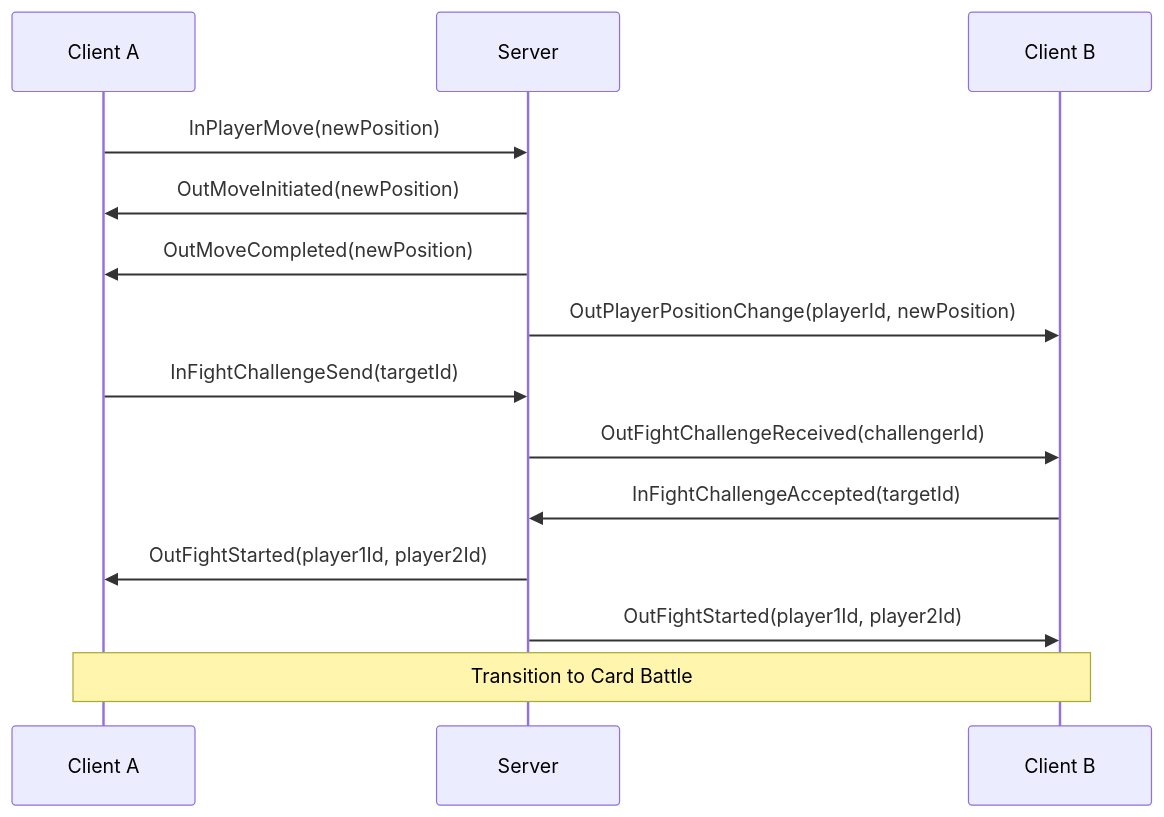
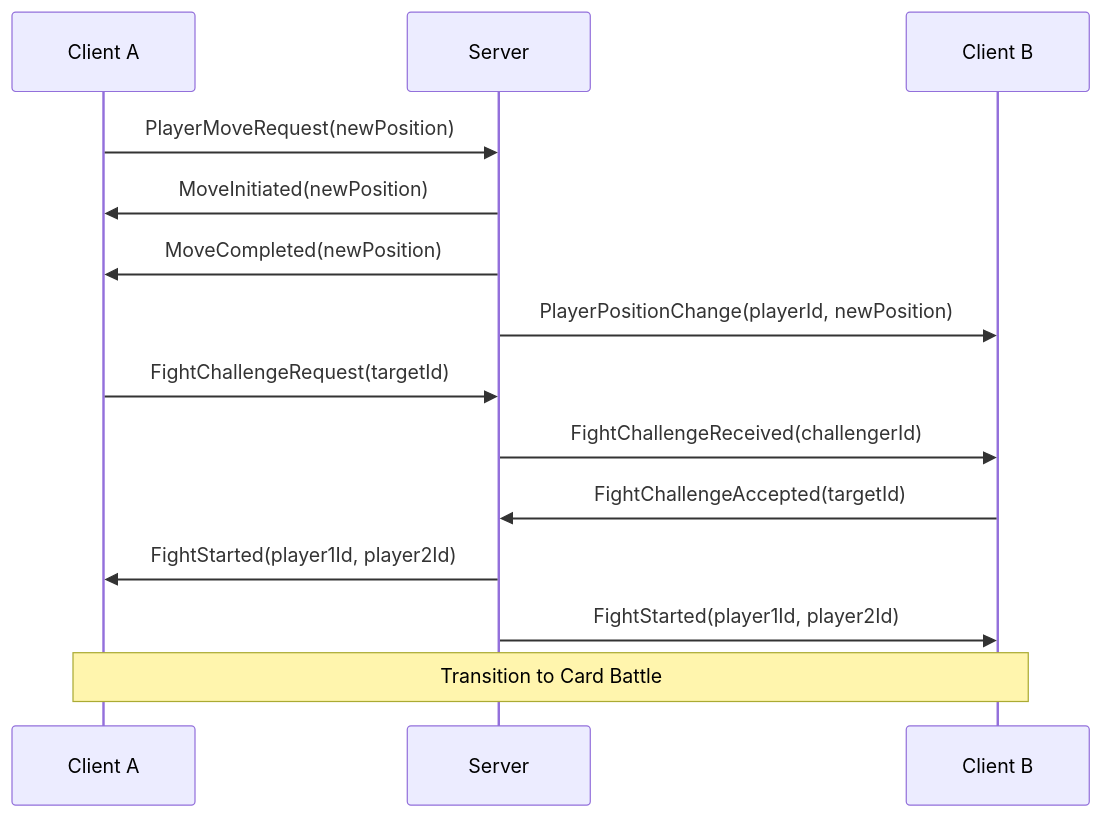
Before and after one commit to smidy/ChickenFight: the third of 4 diagrams in Learning/ExternalMessagesReference.md, drawn with Mermaid. The commit also changed other lines of this file and 3 other files, not shown here.

````diff
--- a/Learning/ExternalMessagesReference.md
+++ b/Learning/ExternalMessagesReference.md
@@ -85,18 +123,18 @@
 ```mermaid
 sequenceDiagram
     participant Client A
     participant Server
     participant Client B
     
-    Client A->>Server: InPlayerMove(newPosition)
-    Server->>Client A: OutMoveInitiated(newPosition)
-    Server->>Client A: OutMoveCompleted(newPosition)
-    Server->>Client B: OutPlayerPositionChange(playerId, newPosition)
+    Client A->>Server: PlayerMoveRequest(newPosition)
+    Server->>Client A: MoveInitiated(newPosition)
+    Server->>Client A: MoveCompleted(newPosition)
+    Server->>Client B: PlayerPositionChange(playerId, newPosition)
     
-    Client A->>Server: InFightChallengeSend(targetId)
-    Server->>Client B: OutFightChallengeReceived(challengerId)
-    Client B->>Server: InFightChallengeAccepted(targetId)
-    Server->>Client A: OutFightStarted(player1Id, player2Id)
-    Server->>Client B: OutFightStarted(player1Id, player2Id)
+    Client A->>Server: FightChallengeRequest(targetId)
+    Server->>Client B: FightChallengeReceived(challengerId)
+    Client B->>Server: FightChallengeAccepted(targetId)
+    Server->>Client A: FightStarted(player1Id, player2Id)
+    Server->>Client B: FightStarted(player1Id, player2Id)
     Note over Client A,Client B: Transition to Card Battle
 ```
````
